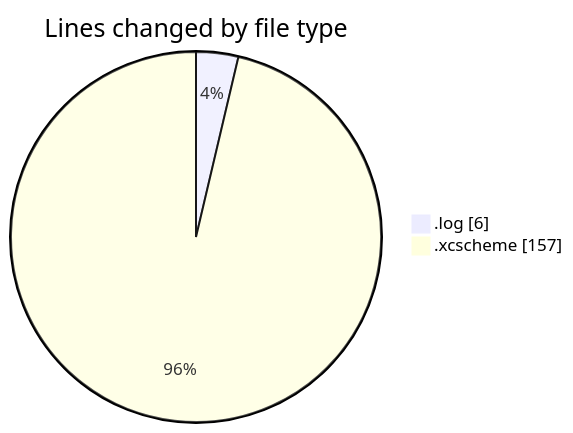
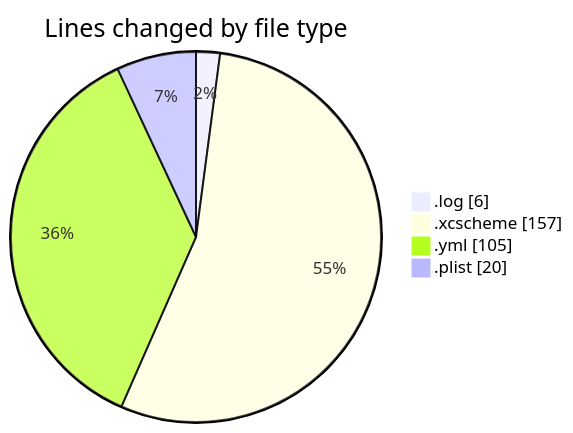
Before and after one commit to lephambinh05/code-tracking: the first of 2 diagrams in 2025-08-09/studybuddy/README.md, drawn with Mermaid. The commit also changed other lines of this file and 1 other file, not shown here.

````diff
--- a/2025-08-09/studybuddy/README.md
+++ b/2025-08-09/studybuddy/README.md
@@ -21,6 +24,8 @@
 ```mermaid
 pie showData
 title Lines changed by file type
 ".log" : 6
 ".xcscheme" : 157
+".yml" : 105
+".plist" : 20
 ```
````
